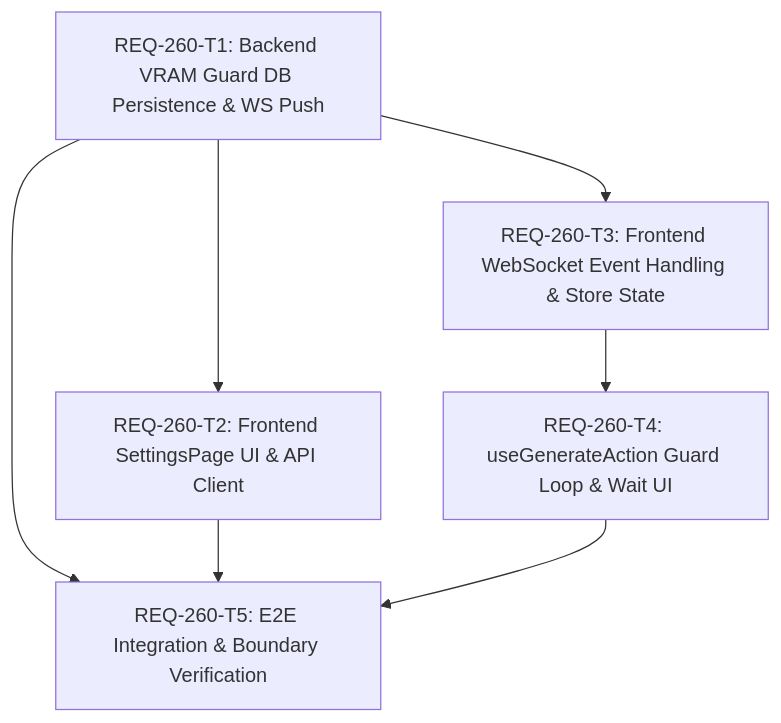
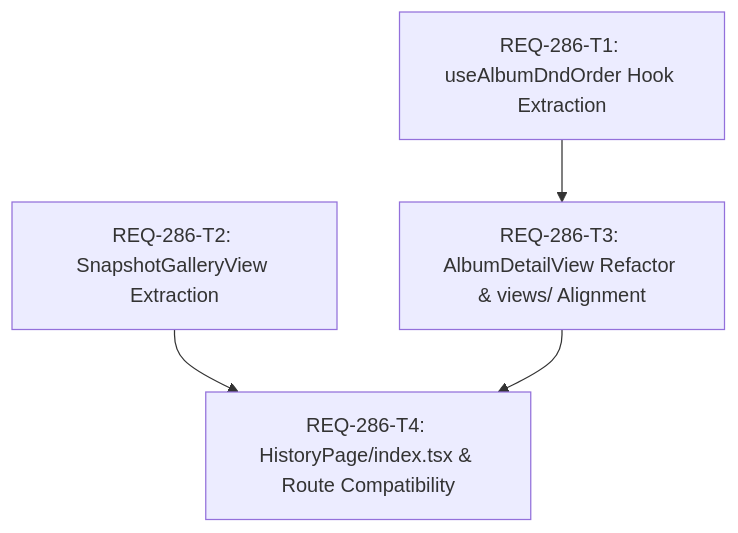
The diagram in implementation_plan.md (TAKE4548/comfy-create-helper2), drawn with Mermaid before and after one commit. The commit also changed other lines of this file and 16 other files, not shown here.

Commit message:
feat(REQ-286): complete implementation and verification

````diff
--- a/implementation_plan.md
+++ b/implementation_plan.md
@@ -13,9 +15,6 @@
 ```mermaid
 graph TD
-  REQ-260-T1["REQ-260-T1: Backend VRAM Guard DB Persistence & WS Push"] --> REQ-260-T2["REQ-260-T2: Frontend SettingsPage UI & API Client"]
-  REQ-260-T1 --> REQ-260-T3["REQ-260-T3: Frontend WebSocket Event Handling & Store State"]
-  REQ-260-T3 --> REQ-260-T4["REQ-260-T4: useGenerateAction Guard Loop & Wait UI"]
-  REQ-260-T1 --> REQ-260-T5["REQ-260-T5: E2E Integration & Boundary Verification"]
-  REQ-260-T2 --> REQ-260-T5
-  REQ-260-T4 --> REQ-260-T5
+  REQ-286-T1["REQ-286-T1: useAlbumDndOrder Hook Extraction"] --> REQ-286-T3["REQ-286-T3: AlbumDetailView Refactor & views/ Alignment"]
+  REQ-286-T2["REQ-286-T2: SnapshotGalleryView Extraction"] --> REQ-286-T4["REQ-286-T4: HistoryPage/index.tsx & Route Compatibility"]
+  REQ-286-T3 --> REQ-286-T4
 ```
````
